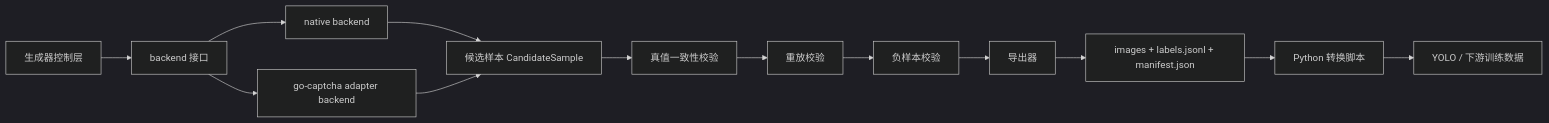
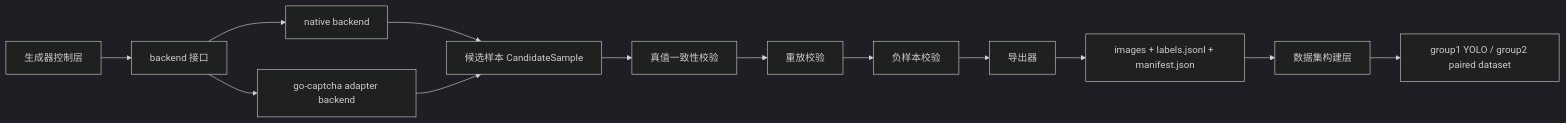
Before and after one commit to uroborus2s/sinan-captcha: the diagram in docs/04-project-development/04-design/graphic-click-generator-design.md, drawn with Mermaid (dark theme). The commit also changed other lines of this file and 103 other files, not shown here.

Commit message:
feat(auto-train): 实现自主训练控制器与 opencode 接入，支持 skills、commands、decision schema 与 fallback 机制，并更新生成器双输入 dataset 契约与视觉难度参数配置

````diff
--- a/docs/04-project-development/04-design/graphic-click-generator-design.md
+++ b/docs/04-project-development/04-design/graphic-click-generator-design.md
@@ -97,15 +97,15 @@
 ```mermaid
 flowchart LR
     A["生成器控制层"] --> B["backend 接口"]
     B --> C["native backend"]
     B --> D["go-captcha adapter backend"]
     C --> E["候选样本 CandidateSample"]
     D --> E
     E --> F["真值一致性校验"]
     F --> G["重放校验"]
     G --> H["负样本校验"]
     H --> I["导出器"]
     I --> J["images + labels.jsonl + manifest.json"]
-    J --> K["Python 转换脚本"]
-    K --> L["YOLO / 下游训练数据"]
+    J --> K["数据集构建层"]
+    K --> L["group1 YOLO / group2 paired dataset"]
 ```
````
